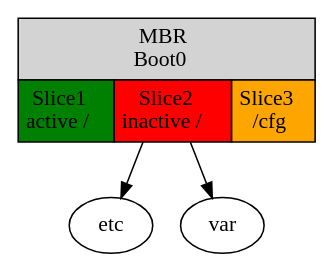
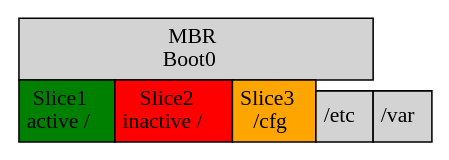
Before and after one commit to omussell/homelab: the diagram in pic/disklayout.gv, drawn with Graphviz. The commit also changed 1 other file, not shown here.

```diff
--- a/pic/disklayout.gv
+++ b/pic/disklayout.gv
@@ -1,15 +1,17 @@
 digraph disklayout {
 	abc [shape=none, margin=0, label=<
 	<TABLE BORDER="0" CELLBORDER="1" CELLSPACING="0" CELLPADDING="4">
 		<TR>
 			<TD COLSPAN="6" BGCOLOR="lightgrey">MBR<BR/>Boot0</TD>
 		</TR>
 		<TR>
 			<TD ROWSPAN="2" BGCOLOR="green">Slice1<BR/>active /</TD>
 			<TD ROWSPAN="2" BGCOLOR="red">Slice2<BR/>inactive /</TD>
 			<TD ROWSPAN="2" BGCOLOR="orange">Slice3<BR/>/cfg</TD>
 		</TR>
+		<TR>
+			<TD COLSPAN="3" BGCOLOR="lightgrey">/etc</TD>
+			<TD COLSPAN="3" BGCOLOR="lightgrey">/var</TD>
+		</TR>
 	</TABLE>>];
-	abc -> etc
-	abc -> var
 }
```
